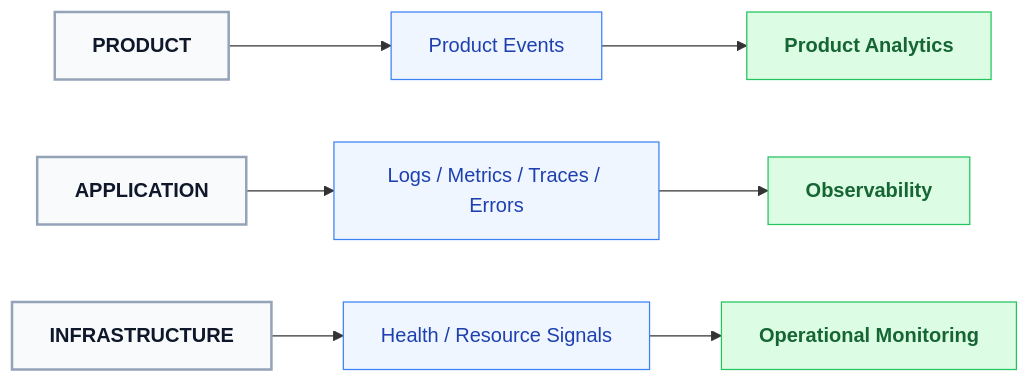
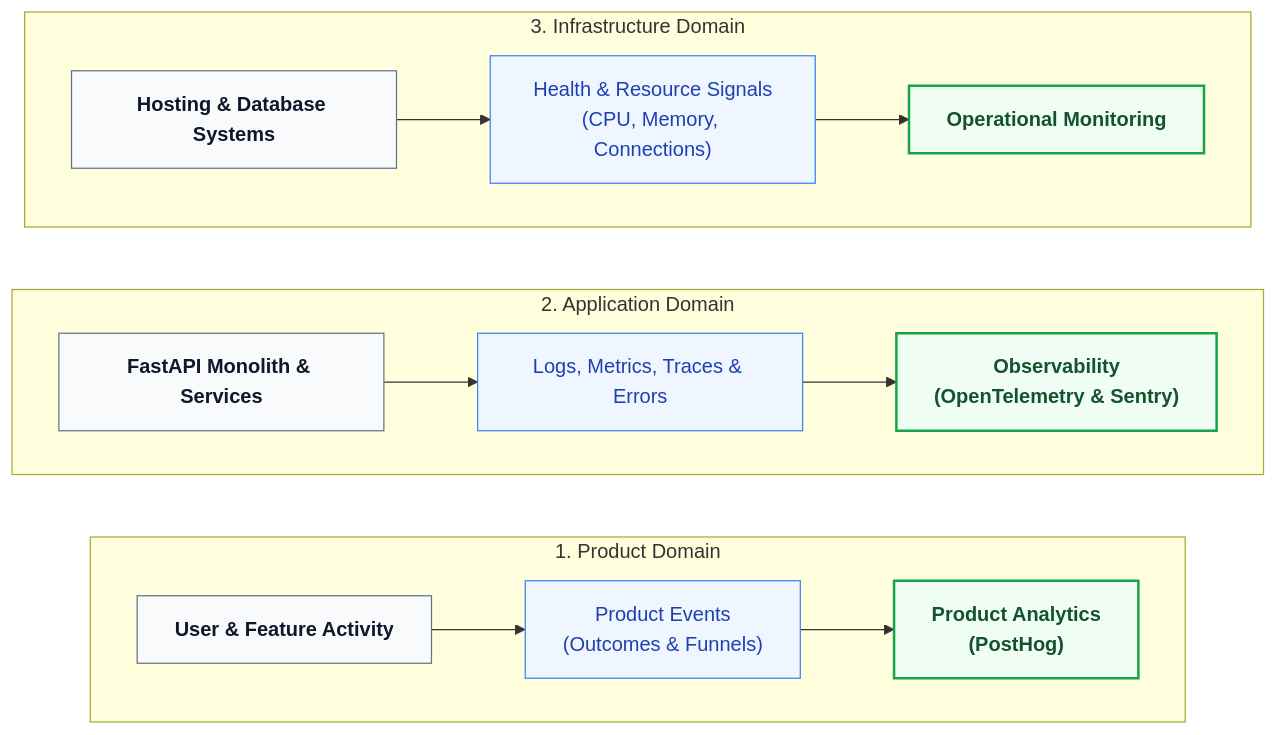
The first of 5 diagrams in docs/architecture/13-Analytics-Observability.md (davidalbertstark-lab/Lenar), drawn with Mermaid before and after one commit. The commit also changed other lines of this file and 28 other files, not shown here.

Commit message:
docs: system-wide diagram redesign for first-instance comprehension

````diff
--- a/docs/architecture/13-Analytics-Observability.md
+++ b/docs/architecture/13-Analytics-Observability.md
@@ -45,31 +47,21 @@
 ```mermaid
 flowchart LR
-    classDef layer fill:#f8fafc,stroke:#94a3b8,stroke-width:2px,color:#0f172a,font-weight:bold
+    classDef source fill:#f8fafc,stroke:#64748b,stroke-width:1px,color:#0f172a,font-weight:bold
     classDef signal fill:#eff6ff,stroke:#3b82f6,stroke-width:1px,color:#1e40af
-    classDef system fill:#dcfce3,stroke:#22c55e,stroke-width:1px,color:#166534,font-weight:bold
+    classDef system fill:#f0fdf4,stroke:#16a34a,stroke-width:2px,color:#14532d,font-weight:bold
 
-    P[PRODUCT]
-    APP[APPLICATION]
-    INFRA[INFRASTRUCTURE]
+    subgraph ProductDomain ["1. Product Domain"]
+        direction LR
+        P["User & Feature Activity"]:::source --> PE["Product Events<br/>(Outcomes & Funnels)"]:::signal --> PA["Product Analytics<br/>(PostHog)"]:::system
+    end
 
-    PE[Product Events]
-    LMTE[Logs / Metrics / Traces / Errors]
-    HRS[Health / Resource Signals]
+    subgraph AppDomain ["2. Application Domain"]
+        direction LR
+        APP["FastAPI Monolith & Services"]:::source --> LMTE["Logs, Metrics, Traces & Errors"]:::signal --> OB["Observability<br/>(OpenTelemetry & Sentry)"]:::system
+    end
 
-    PA[Product Analytics]
-    OB[Observability]
-    OM[Operational Monitoring]
-
-    P --> PE
-    PE --> PA
-
-    APP --> LMTE
-    LMTE --> OB
-
-    INFRA --> HRS
-    HRS --> OM
-
-    class P,APP,INFRA layer;
-    class PE,LMTE,HRS signal;
-    class PA,OB,OM system;
+    subgraph InfraDomain ["3. Infrastructure Domain"]
+        direction LR
+        INFRA["Hosting & Database Systems"]:::source --> HRS["Health & Resource Signals<br/>(CPU, Memory, Connections)"]:::signal --> OM["Operational Monitoring"]:::system
+    end
 ```
````
